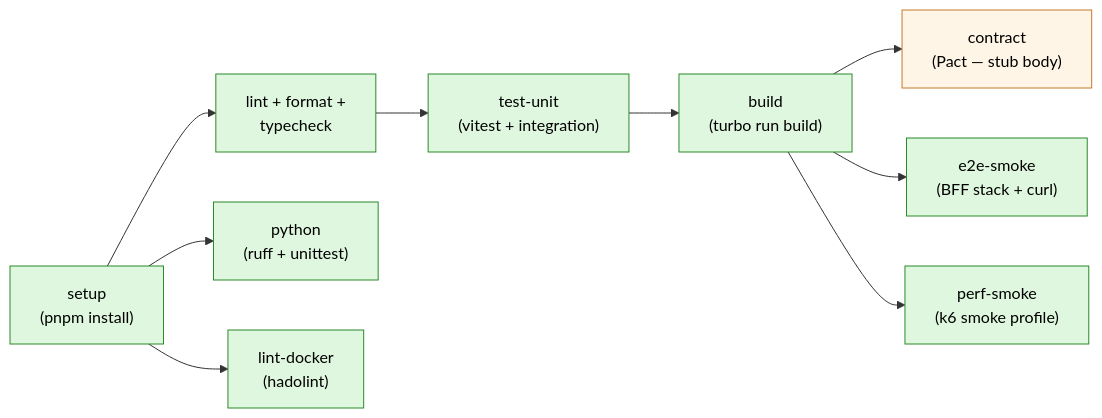
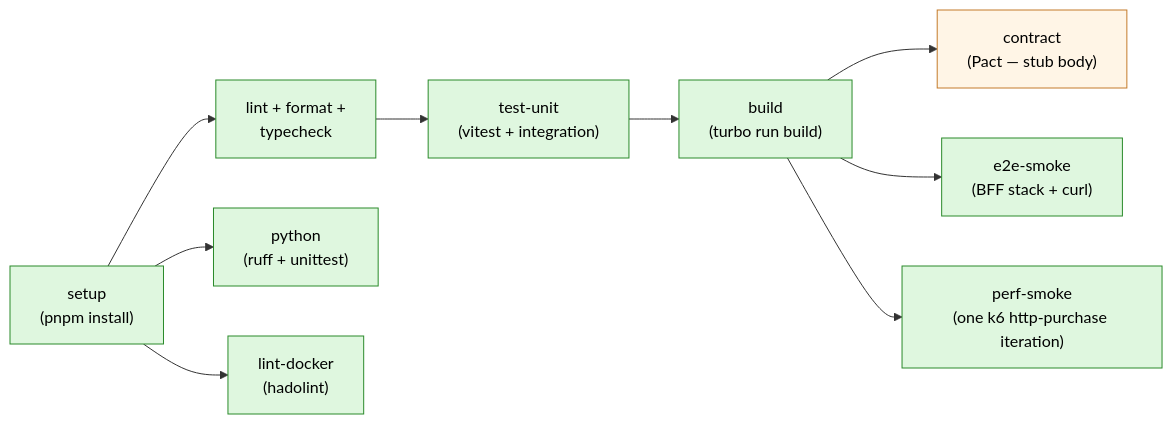
Before and after one commit to nicopizar00/expresso-engineering-playground: the diagram in docs/quality-strategy/README.md, drawn with Mermaid. The commit also changed other lines of this file and 19 other files, not shown here.

````diff
--- a/docs/quality-strategy/README.md
+++ b/docs/quality-strategy/README.md
@@ -34,16 +34,16 @@
 ```mermaid
 flowchart LR
   Setup["setup<br/>(pnpm install)"] --> Lint["lint + format +<br/>typecheck"]
   Setup --> Python["python<br/>(ruff + unittest)"]
   Setup --> Hadolint["lint-docker<br/>(hadolint)"]
   Lint --> Unit["test-unit<br/>(vitest + integration)"]
   Unit --> Build["build<br/>(turbo run build)"]
   Build --> Contract["contract<br/>(Pact — stub body)"]
   Build --> E2E["e2e-smoke<br/>(BFF stack + curl)"]
-  Build --> Perf["perf-smoke<br/>(k6 smoke profile)"]
+  Build --> Perf["perf-smoke<br/>(one k6 http-purchase iteration)"]
 
   classDef real fill:#dff7df,stroke:#2a8a2a,color:#000;
   classDef stub fill:#fff5e6,stroke:#c47a2a,color:#000;
   class Setup,Lint,Python,Hadolint,Unit,Build,E2E,Perf real;
   class Contract stub;
 ```
````
